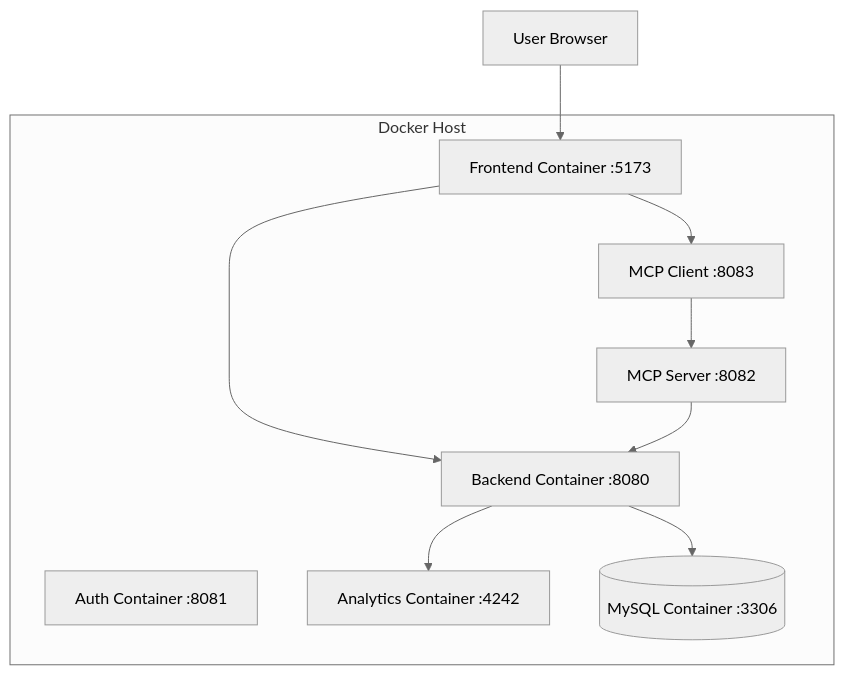
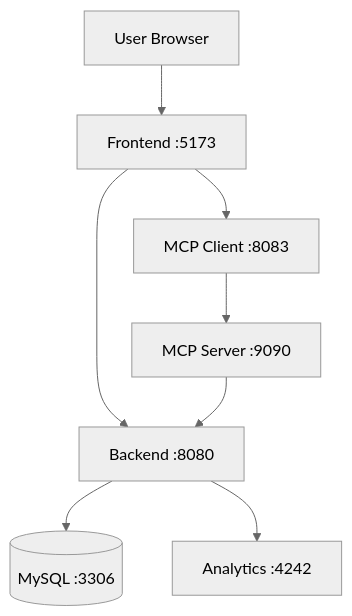
The sixth of 7 diagrams in README.md (malcolm-cephas/Medical-IoT), drawn with Mermaid (neutral theme) before and after one commit. The commit also changed other lines of this file and 21 other files, not shown here.

````diff
--- a/README.md
+++ b/README.md
@@ -419,26 +143,10 @@
 ```mermaid
 flowchart TD
-
-Browser[User Browser]
-
-subgraph Docker Host
-Frontend[Frontend Container :5173]
-CoreBackend[Backend Container :8080]
-AuthServer[Auth Container :8081]
-Analytics[Analytics Container :4242]
-MCPClient[MCP Client :8083]
-MCPServer[MCP Server :8082]
-MySQL[(MySQL Container :3306)]
-end
-
-Browser --> Frontend
-
-Frontend --> CoreBackend
-Frontend --> MCPClient
-
-CoreBackend --> MySQL
-CoreBackend --> Analytics
-
-MCPClient --> MCPServer
-MCPServer --> CoreBackend
+    Browser[User Browser] --> Frontend[Frontend :5173]
+    Frontend --> CoreBackend[Backend :8080]
+    Frontend --> MCPClient[MCP Client :8083]
+    CoreBackend --> MySQL[(MySQL :3306)]
+    CoreBackend --> Analytics[Analytics :4242]
+    MCPClient --> MCPServer[MCP Server :9090]
+    MCPServer --> CoreBackend
 ```
````
